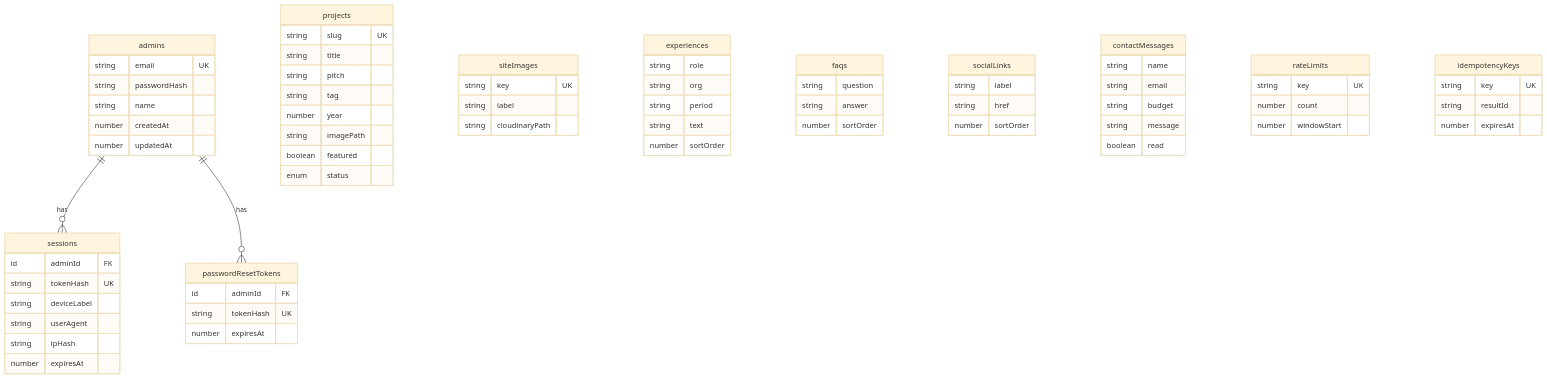
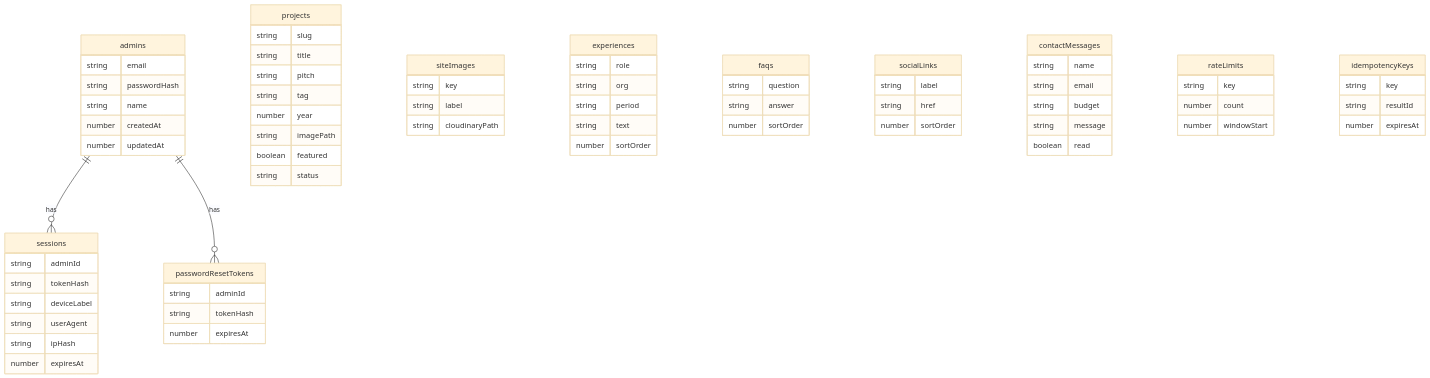
One commit to mawlid1431/Portfolio changed the fourth of 15 diagrams in README.md. Above: the diagram before and after it, drawn with Mermaid (base theme). The commit also changed other lines of this file, not shown here.

```diff
--- a/README.md
+++ b/README.md
@@ -240,7 +258,7 @@
   admins ||--o{ passwordResetTokens : has
 
   admins {
-    string email UK
+    string email
     string passwordHash
     string name
     number createdAt
@@ -248,8 +266,8 @@
   }
 
   sessions {
-    id adminId FK
-    string tokenHash UK
+    string adminId
+    string tokenHash
     string deviceLabel
     string userAgent
     string ipHash
@@ -257,18 +275,18 @@
   }
 
   projects {
-    string slug UK
+    string slug
     string title
     string pitch
     string tag
     number year
     string imagePath
     boolean featured
-    enum status
+    string status
   }
 
   siteImages {
-    string key UK
+    string key
     string label
     string cloudinaryPath
   }
@@ -302,19 +320,19 @@
   }
 
   passwordResetTokens {
-    id adminId FK
-    string tokenHash UK
+    string adminId
+    string tokenHash
     number expiresAt
   }
 
   rateLimits {
-    string key UK
+    string key
     number count
     number windowStart
   }
 
   idempotencyKeys {
-    string key UK
+    string key
     string resultId
     number expiresAt
   }
```
